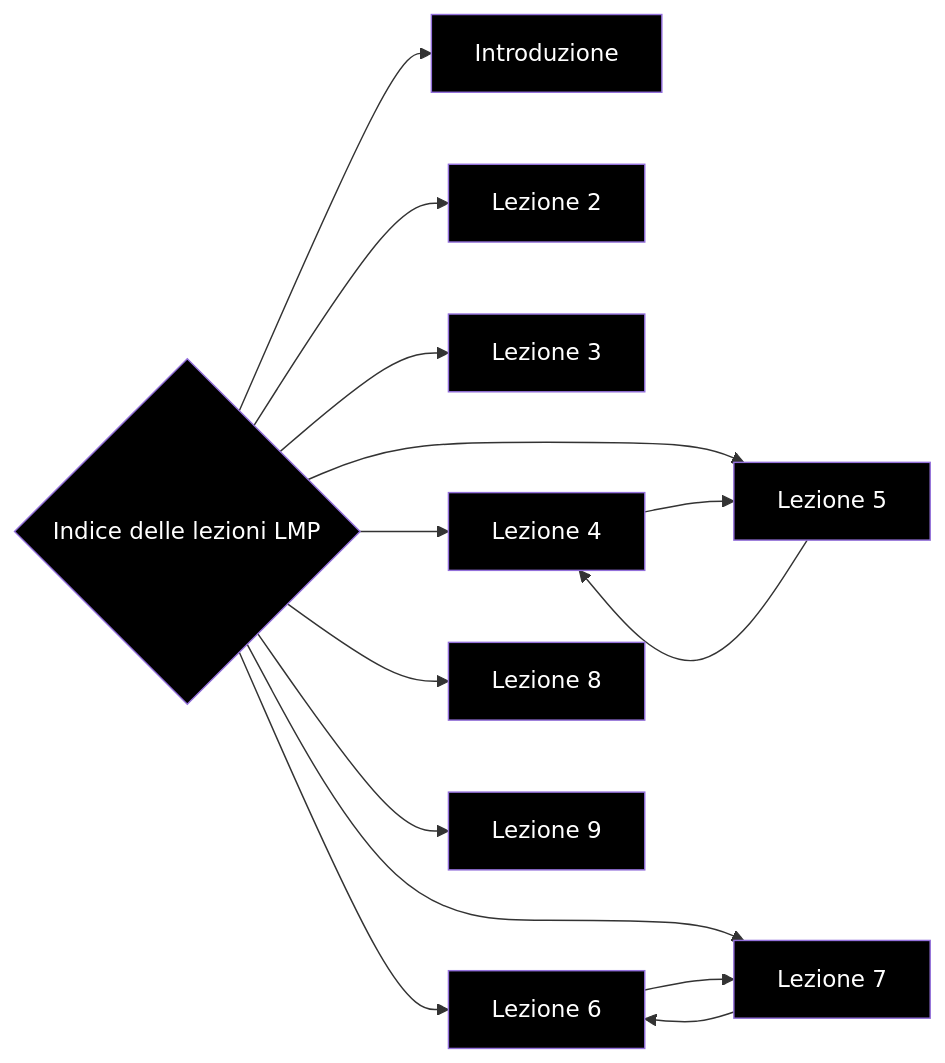
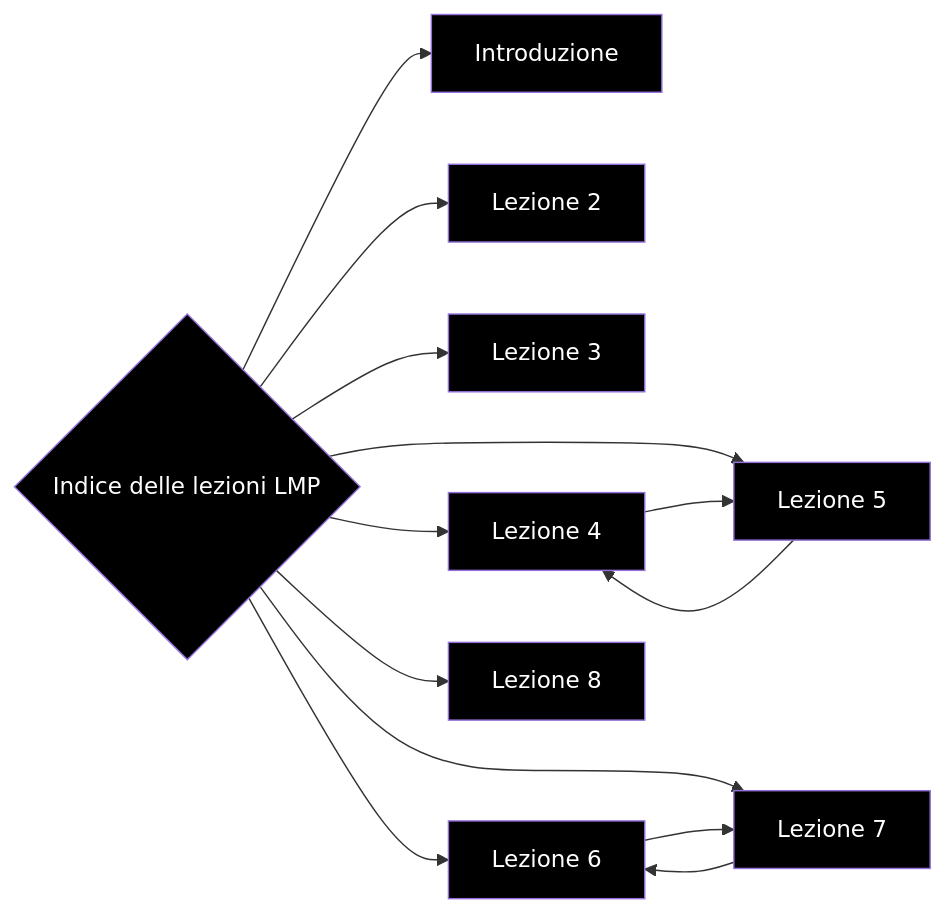
One commit to francosalvucci14/Appunti-II-anno changed the diagram in Appunti LMP/MOD I/Indice delle lezioni LMP.md. Above: the diagram before and after it, drawn with Mermaid. The commit also changed other lines of this file and 2 other files, not shown here.

Commit message:
vault backup: 2022-11-16 12:26:38

````diff
--- a/Appunti LMP/MOD I/Indice delle lezioni LMP.md
+++ b/Appunti LMP/MOD I/Indice delle lezioni LMP.md
@@ -17,29 +19,28 @@
 ```mermaid
 graph LR
 	A{Indice delle lezioni LMP}
 	B[Introduzione]
 	C[Lezione 2]
 	D[Lezione 3]
 	E[Lezione 4]
 	F[Lezione 5]
 	G[Lezione 6]
 	H[Lezione 7]
 	I[Lezione 8]
-	J[Lezione 9]
 
 	style A fill:black, color:#fff
 	style B fill:black, color:#fff
 	style C fill:black, color:#fff
 	style D fill:black, color:#fff
 	style E fill:black, color:#fff
 	style F fill:black, color:#fff
 	style G fill:black, color:#fff
 	style H fill:black, color:#fff
 	style I fill:black, color:#fff
-	style J fill:black, color:#fff
-	A-->B & C & D & E & F & G & H & I & J
+	
+	A-->B & C & D & E & F & G & H & I
 	E-->F
 	F-->E
 	G-->H
 	H-->G
 ```
````
